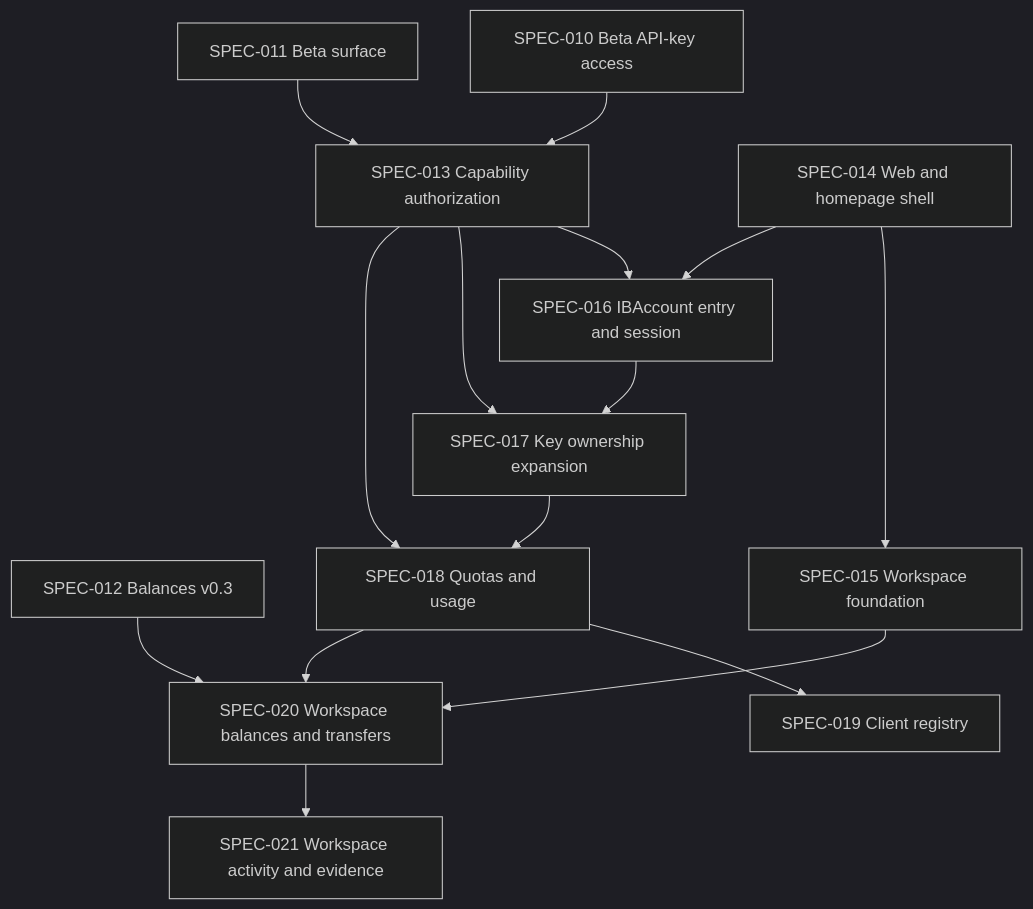
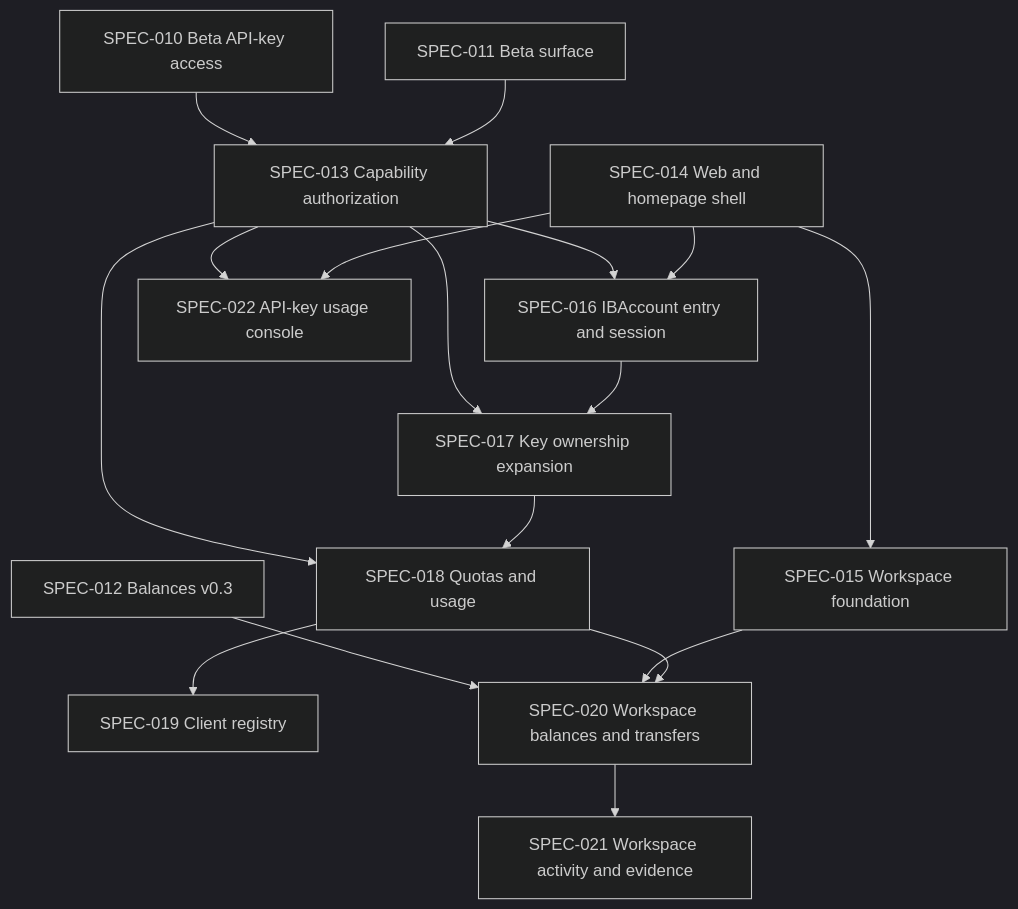
Before and after one commit to Iron-Burrow/iron-burrow-mother-api-rs: the eighth of 8 diagrams in docs/rfcs/RFC-003 - Mother API El Vasco Architecture.md, drawn with Mermaid (dark theme). The commit also changed other lines of this file and 1 other file, not shown here.

Commit message:
he duplicate RFC was removed and replaced with a properly numbered spec

````diff
--- a/docs/rfcs/RFC-003 - Mother API El Vasco Architecture.md
+++ b/docs/rfcs/RFC-003 - Mother API El Vasco Architecture.md
@@ -897,30 +898,33 @@
 ```mermaid
 flowchart TD
   S010[SPEC-010 Beta API-key access]
   S011[SPEC-011 Beta surface]
   S012[SPEC-012 Balances v0.3]
   S013[SPEC-013 Capability authorization]
   S014[SPEC-014 Web and homepage shell]
   S015[SPEC-015 Workspace foundation]
   S016[SPEC-016 IBAccount entry and session]
   S017[SPEC-017 Key ownership expansion]
   S018[SPEC-018 Quotas and usage]
   S019[SPEC-019 Client registry]
   S020[SPEC-020 Workspace balances and transfers]
   S021[SPEC-021 Workspace activity and evidence]
+  S022[SPEC-022 API-key usage console]
 
   S010 --> S013
   S011 --> S013
   S012 --> S020
   S013 --> S016
   S013 --> S017
   S013 --> S018
+  S013 --> S022
   S014 --> S015
   S014 --> S016
+  S014 --> S022
   S015 --> S020
   S016 --> S017
   S017 --> S018
   S018 --> S019
   S018 --> S020
   S020 --> S021
 ```
````
